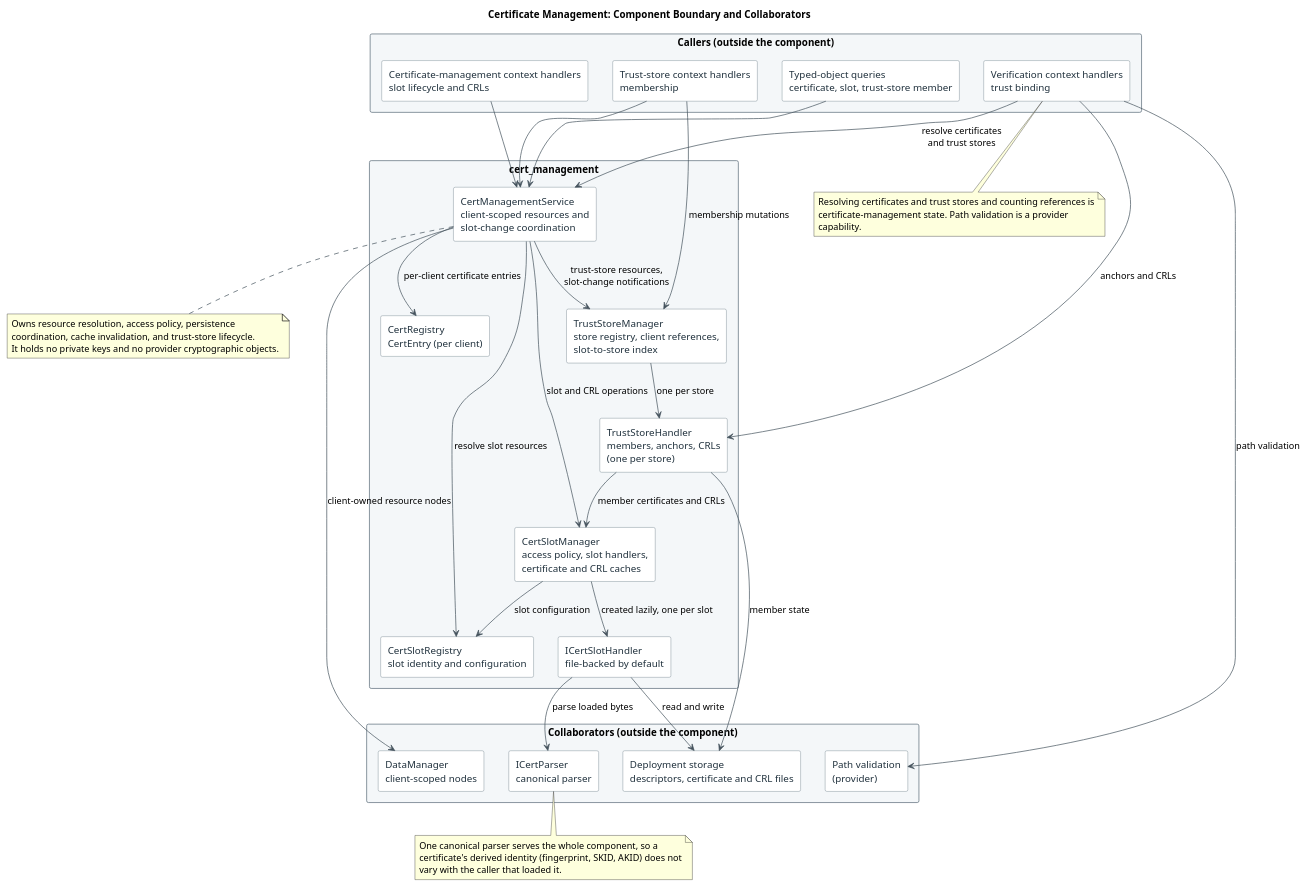
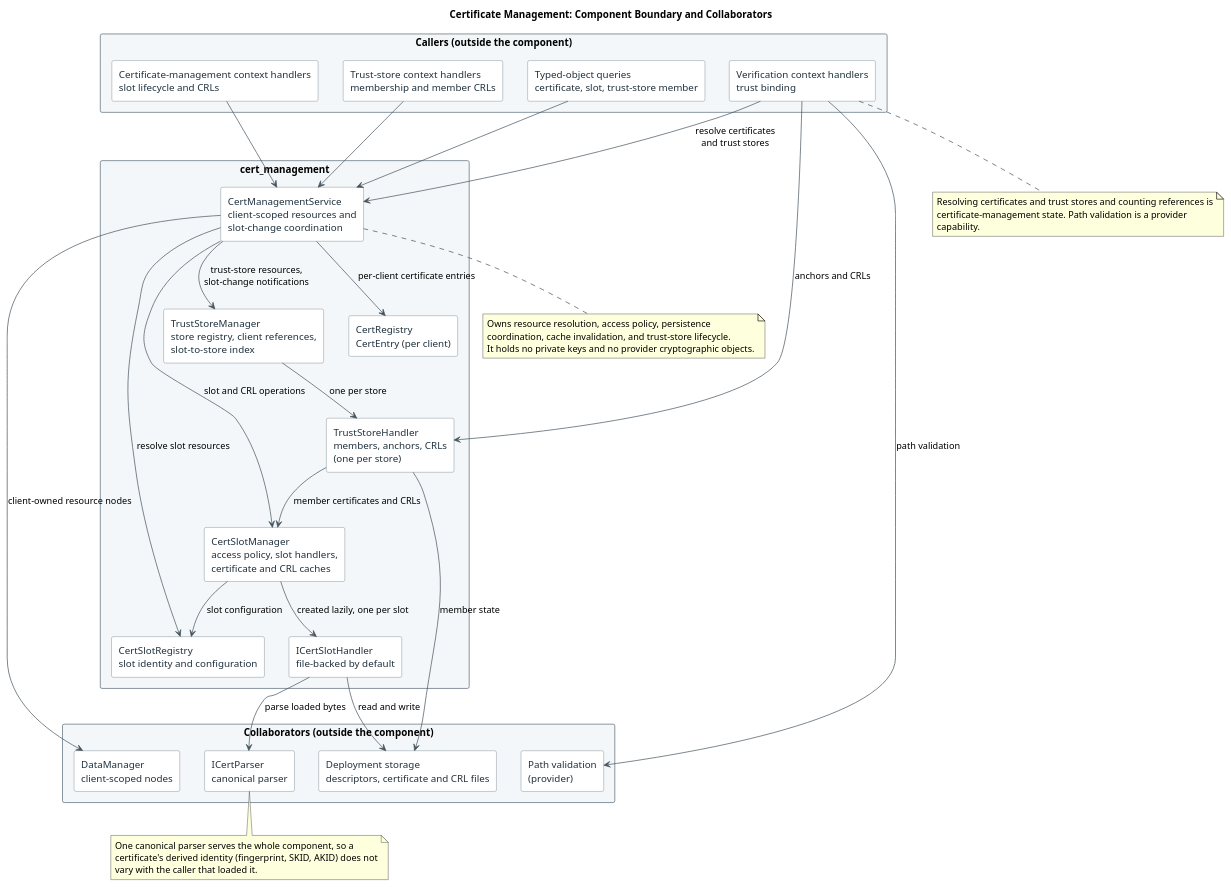
One commit to eclipse-score/inc_security_crypto changed the diagram in score/crypto/src/daemon/cert_management/docs/architecture/cert_management_overview.puml. Above: the diagram before and after it, drawn with PlantUML. The commit also changed 39 other files, not shown here.

Commit message:
Trust store api support

```diff
--- a/score/crypto/src/daemon/cert_management/docs/architecture/cert_management_overview.puml
+++ b/score/crypto/src/daemon/cert_management/docs/architecture/cert_management_overview.puml
@@ -14,82 +14,81 @@
 @startuml cert_management_overview
 title Certificate Management: Component Boundary and Collaborators
 top to bottom direction
 skinparam shadowing false
 skinparam defaultFontName Arial
 skinparam componentStyle rectangle
 skinparam packageStyle rectangle
 skinparam ArrowColor #46535E
 skinparam package {
   BackgroundColor #F4F7F9
   BorderColor #596B78
   FontColor #20313D
 }
 skinparam component {
   BackgroundColor #FFFFFF
   BorderColor #596B78
   FontColor #20313D
 }
 
 package "Callers (outside the component)" {
   component "Certificate-management context handlers\nslot lifecycle and CRLs" as MgmtCtx
-  component "Trust-store context handlers\nmembership" as TrustCtx
+  component "Trust-store context handlers\nmembership and member CRLs" as TrustCtx
   component "Verification context handlers\ntrust binding" as VerifyCtx
   component "Typed-object queries\ncertificate, slot, trust-store member" as Queries
 }
 
 package "cert_management" {
   component "CertManagementService\nclient-scoped resources and\nslot-change coordination" as Service
   component "CertSlotRegistry\nslot identity and configuration" as Registry
   component "CertSlotManager\naccess policy, slot handlers,\ncertificate and CRL caches" as SlotManager
   component "TrustStoreManager\nstore registry, client references,\nslot-to-store index" as TrustManager
   component "TrustStoreHandler\nmembers, anchors, CRLs\n(one per store)" as StoreHandler
   component "CertRegistry\nCertEntry (per client)" as CertRegistry
   component "ICertSlotHandler\nfile-backed by default" as SlotHandler
 }
 
 package "Collaborators (outside the component)" {
   component "DataManager\nclient-scoped nodes" as DataManager
   component "ICertParser\ncanonical parser" as Parser
   component "Deployment storage\ndescriptors, certificate and CRL files" as DeployStorage
   component "Path validation\n(provider)" as Validate
 }
 
 MgmtCtx --> Service
 TrustCtx --> Service
-TrustCtx --> TrustManager : membership mutations
 VerifyCtx --> Service : resolve certificates\nand trust stores
 VerifyCtx --> StoreHandler : anchors and CRLs
 VerifyCtx --> Validate : path validation
 Queries --> Service
 
 Service --> DataManager : client-owned resource nodes
 Service --> Registry : resolve slot resources
 Service --> CertRegistry : per-client certificate entries
 Service --> SlotManager : slot and CRL operations
 Service --> TrustManager : trust-store resources,\nslot-change notifications
 TrustManager --> StoreHandler : one per store
 StoreHandler --> SlotManager : member certificates and CRLs
 SlotManager --> Registry : slot configuration
 SlotManager --> SlotHandler : created lazily, one per slot
 SlotHandler --> Parser : parse loaded bytes
 SlotHandler --> DeployStorage : read and write
 StoreHandler --> DeployStorage : member state
 
 note bottom of Service
   Owns resource resolution, access policy, persistence
   coordination, cache invalidation, and trust-store lifecycle.
   It holds no private keys and no provider cryptographic objects.
 end note
 
 note bottom of Parser
   One canonical parser serves the whole component, so a
   certificate's derived identity (fingerprint, SKID, AKID) does not
   vary with the caller that loaded it.
 end note
 
 note bottom of VerifyCtx
   Resolving certificates and trust stores and counting references is
   certificate-management state. Path validation is a provider
   capability.
 end note
 @enduml
```
